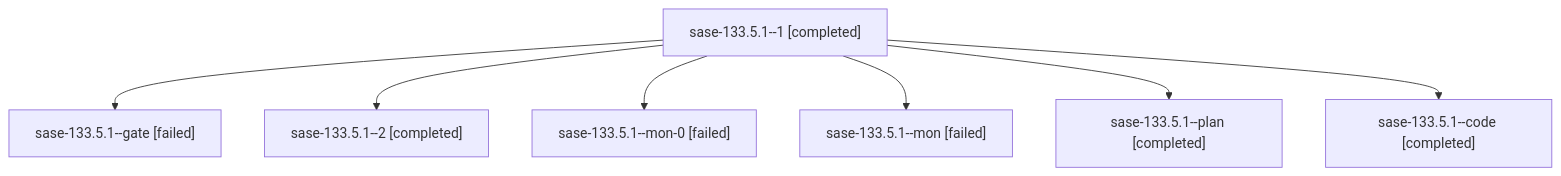
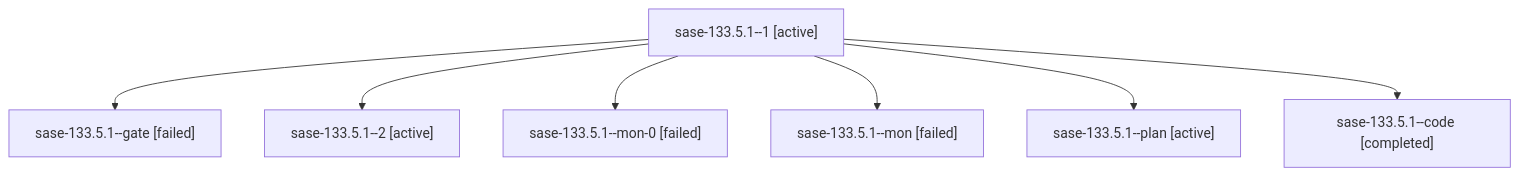
One commit to sase-org/sase--agents changed the diagram in families/bbugyi200.athena.sase-133.5.1.md. Above: the diagram before and after it, drawn with Mermaid. The commit also changed other lines of this file and 35830 other files, not shown here.

````diff
--- a/families/bbugyi200.athena.sase-133.5.1.md
+++ b/families/bbugyi200.athena.sase-133.5.1.md
@@ -9,16 +9,16 @@
 ```mermaid
 flowchart TD
-  n0["sase-133.5.1--1 [completed]"]
+  n0["sase-133.5.1--1 [active]"]
   n1["sase-133.5.1--gate [failed]"]
   n0 --> n1
-  n2["sase-133.5.1--2 [completed]"]
+  n2["sase-133.5.1--2 [active]"]
   n0 --> n2
   n3["sase-133.5.1--mon-0 [failed]"]
   n0 --> n3
   n4["sase-133.5.1--mon [failed]"]
   n0 --> n4
-  n5["sase-133.5.1--plan [completed]"]
+  n5["sase-133.5.1--plan [active]"]
   n0 --> n5
   n6["sase-133.5.1--code [completed]"]
   n0 --> n6
 ```
````
